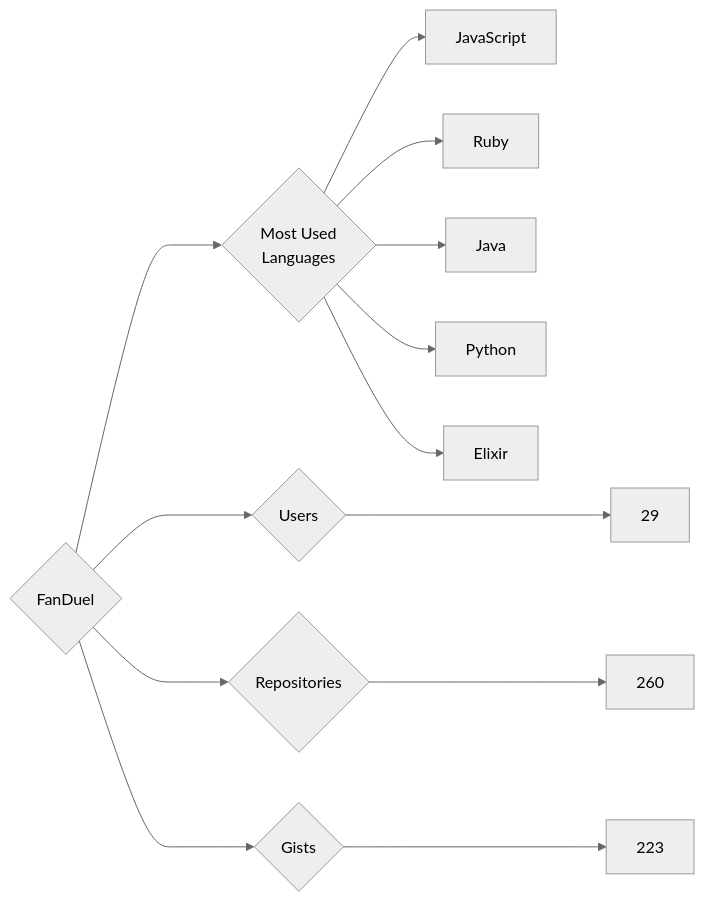
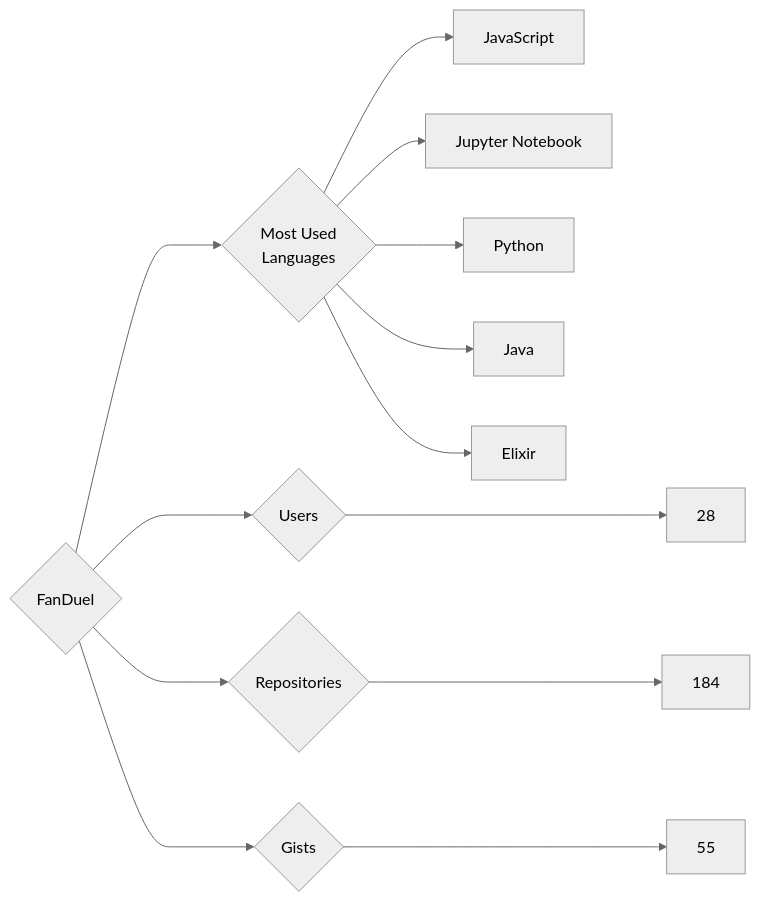
The diagram in targets/FanDuel/README.md (trickest/insiders), drawn with Mermaid (neutral theme) before and after one commit. The commit also changed 644 other files, not shown here.

````diff
--- a/targets/FanDuel/README.md
+++ b/targets/FanDuel/README.md
@@ -3,13 +3,13 @@
 ```mermaid
 graph LR
 COMPANY_NAME{FanDuel}
-COMPANY_NAME ---> U{Users} ---> UN[29]
-COMPANY_NAME ---> R{Repositories} ---> RN[260]
-COMPANY_NAME ---> G{Gists} ---> GN[223]
+COMPANY_NAME ---> U{Users} ---> UN[28]
+COMPANY_NAME ---> R{Repositories} ---> RN[184]
+COMPANY_NAME ---> G{Gists} ---> GN[55]
 COMPANY_NAME ---> ML{Most Used<br>Languages}
 ML --> JavaScript[JavaScript]
-ML --> Ruby[Ruby]
+ML --> Jupyter_Notebook[Jupyter Notebook]
+ML --> Python[Python]
 ML --> Java[Java]
-ML --> Python[Python]
 ML --> Elixir[Elixir]
 ```
````
